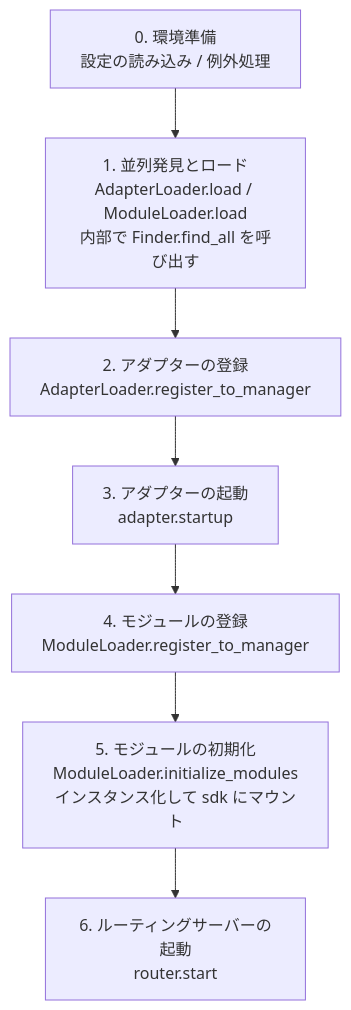
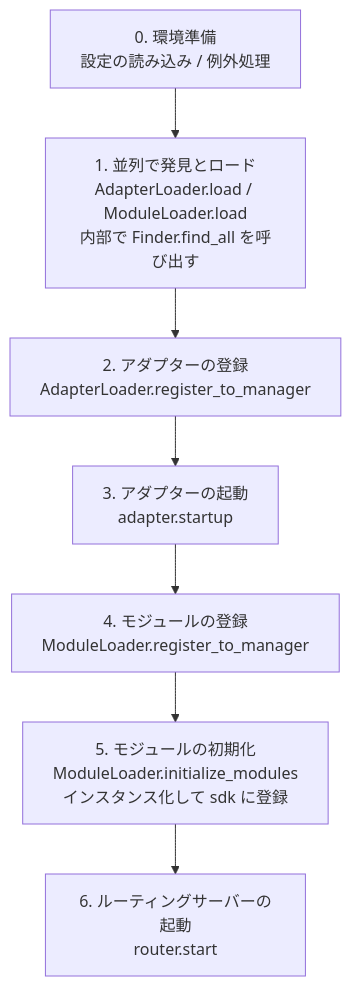
Before and after one commit to ErisPulse/ErisPulse: the diagram in docs/ja/advanced/startup.md, drawn with Mermaid. The commit also changed other lines of this file and 234 other files, not shown here.

````diff
--- a/docs/ja/advanced/startup.md
+++ b/docs/ja/advanced/startup.md
@@ -30,10 +30,10 @@
 ```mermaid
 flowchart TD
     A[0. 環境準備<br/>設定の読み込み / 例外処理] --> B
-    B[1. 並列発見とロード<br/>AdapterLoader.load / ModuleLoader.load<br/>内部で Finder.find_all を呼び出す] --> C
+    B[1. 並列で発見とロード<br/>AdapterLoader.load / ModuleLoader.load<br/>内部で Finder.find_all を呼び出す] --> C
     C[2. アダプターの登録<br/>AdapterLoader.register_to_manager] --> D
     D[3. アダプターの起動<br/>adapter.startup] --> E
     E[4. モジュールの登録<br/>ModuleLoader.register_to_manager] --> F
-    F[5. モジュールの初期化<br/>ModuleLoader.initialize_modules<br/>インスタンス化して sdk にマウント] --> G
+    F[5. モジュールの初期化<br/>ModuleLoader.initialize_modules<br/>インスタンス化して sdk に登録] --> G
     G[6. ルーティングサーバーの起動<br/>router.start]
 ```
````
